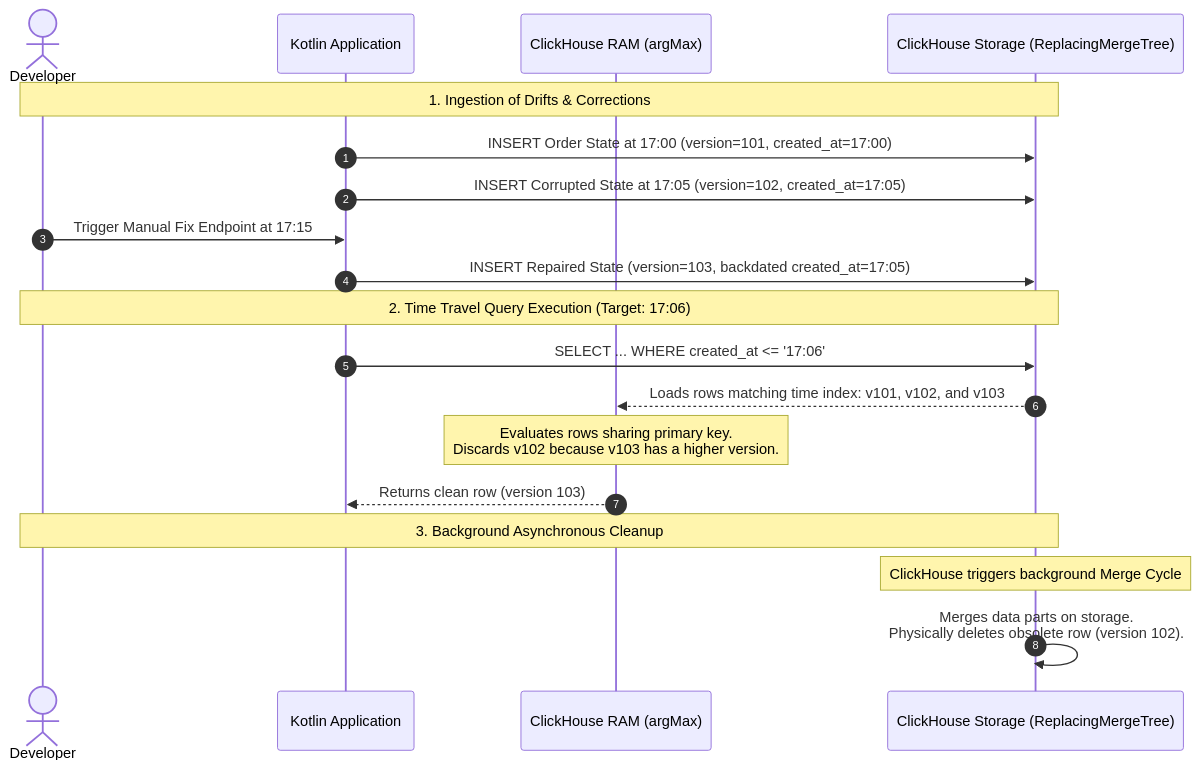
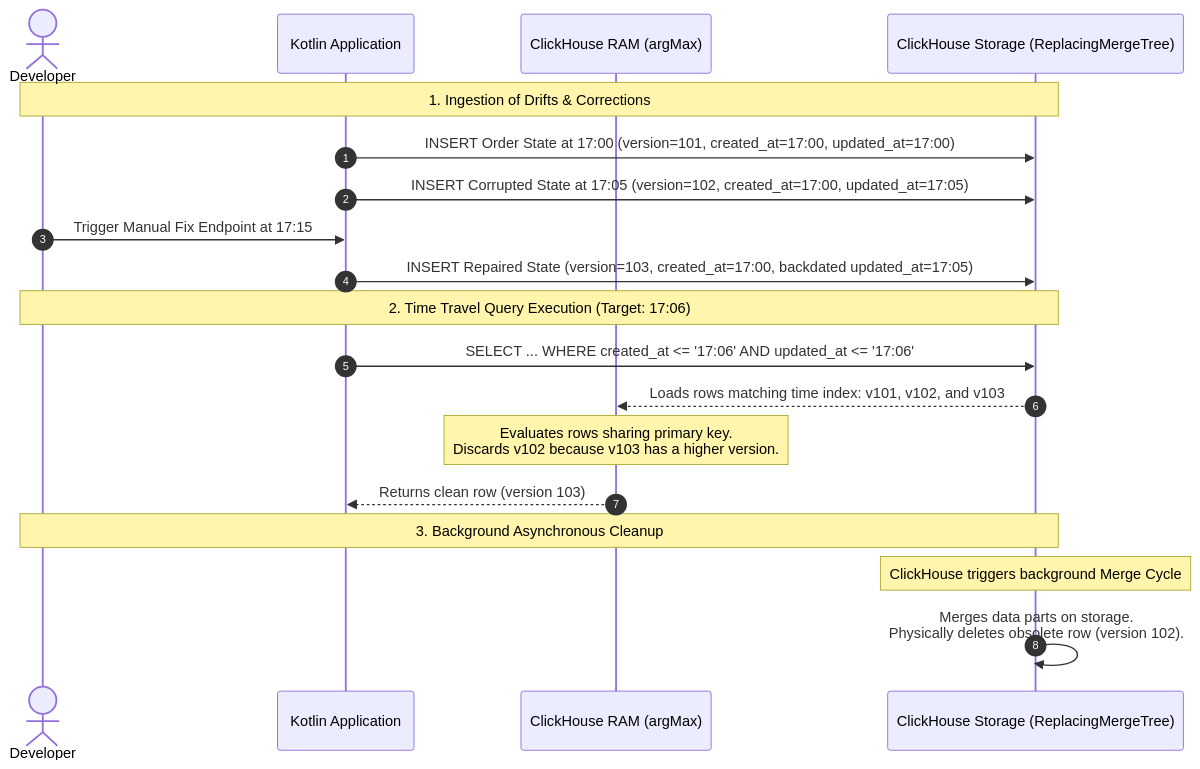
One commit to diana-lora/distributed-systems-fundamentals changed the diagram in docs/adr/0003-clickhouse-for-order-history.md. Above: the diagram before and after it, drawn with Mermaid. The commit also changed other lines of this file and 18 other files, not shown here.

````diff
--- a/docs/adr/0003-clickhouse-for-order-history.md
+++ b/docs/adr/0003-clickhouse-for-order-history.md
@@ -160,21 +310,21 @@
 ```mermaid
 sequenceDiagram
     autonumber
     actor Developer
     participant App as Kotlin Application
     participant RAM as ClickHouse RAM (argMax)
     participant Disk as ClickHouse Storage (ReplacingMergeTree)
     Note over Developer, Disk: 1. Ingestion of Drifts & Corrections
-    App ->> Disk: INSERT Order State at 17:00 (version=101, created_at=17:00)
-    App ->> Disk: INSERT Corrupted State at 17:05 (version=102, created_at=17:05)
+    App ->> Disk: INSERT Order State at 17:00 (version=101, created_at=17:00, updated_at=17:00)
+    App ->> Disk: INSERT Corrupted State at 17:05 (version=102, created_at=17:00, updated_at=17:05)
     Developer ->> App: Trigger Manual Fix Endpoint at 17:15
-    App ->> Disk: INSERT Repaired State (version=103, backdated created_at=17:05)
+    App ->> Disk: INSERT Repaired State (version=103, created_at=17:00, backdated updated_at=17:05)
     Note over Developer, Disk: 2. Time Travel Query Execution (Target: 17:06)
-    App ->> Disk: SELECT ... WHERE created_at <= '17:06'
+    App ->> Disk: SELECT ... WHERE created_at <= '17:06' AND updated_at <= '17:06'
     Disk -->> RAM: Loads rows matching time index: v101, v102, and v103
     Note over RAM: Evaluates rows sharing primary key.<br/>Discards v102 because v103 has a higher version.
     RAM -->> App: Returns clean row (version 103)
     Note over Developer, Disk: 3. Background Asynchronous Cleanup
     Note over Disk: ClickHouse triggers background Merge Cycle
     Disk ->> Disk: Merges data parts on storage.<br/>Physically deletes obsolete row (version 102).
 ```
````
